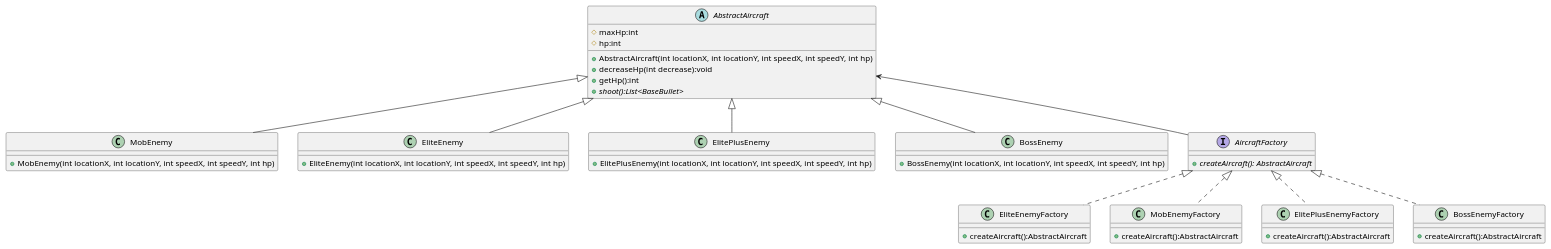
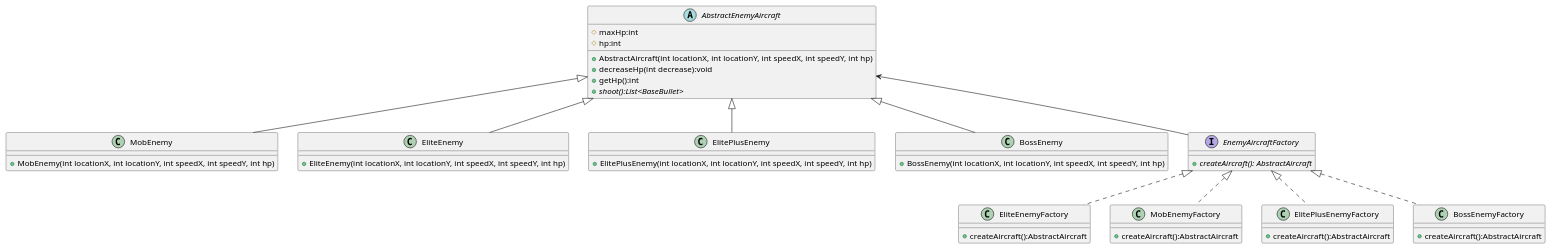
Before and after one commit to xrlexpert/Aircraft-War: the diagram in uml/Aircraft_Factory_Pattern.puml, drawn with PlantUML. The commit also changed 23 other files, not shown here.

```diff
--- a/uml/Aircraft_Factory_Pattern.puml
+++ b/uml/Aircraft_Factory_Pattern.puml
@@ -1,47 +1,47 @@
 @startuml
-abstract class AbstractAircraft{
+abstract class AbstractEnemyAircraft{
     # maxHp:int
     # hp:int
     + AbstractAircraft(int locationX, int locationY, int speedX, int speedY, int hp)
     + decreaseHp(int decrease):void
     + getHp():int
     + {abstract} shoot():List<BaseBullet>
 }
 class MobEnemy{
     + MobEnemy(int locationX, int locationY, int speedX, int speedY, int hp)
 }
 class EliteEnemy{
     + EliteEnemy(int locationX, int locationY, int speedX, int speedY, int hp)
 }
 class ElitePlusEnemy{
     + ElitePlusEnemy(int locationX, int locationY, int speedX, int speedY, int hp)
 }
 class BossEnemy{
     + BossEnemy(int locationX, int locationY, int speedX, int speedY, int hp)
 }
-interface AircraftFactory{
+interface EnemyAircraftFactory{
     +{abstract} createAircraft(): AbstractAircraft
 }
 class EliteEnemyFactory{
     + createAircraft():AbstractAircraft
 }
 class MobEnemyFactory{
     + createAircraft():AbstractAircraft
 }
 class ElitePlusEnemyFactory{
     + createAircraft():AbstractAircraft
 }
 class BossEnemyFactory{
     + createAircraft():AbstractAircraft
 }
-AbstractAircraft <-- AircraftFactory
-AbstractAircraft <|-- MobEnemy
-AbstractAircraft <|-- EliteEnemy
-AbstractAircraft <|-- ElitePlusEnemy
-AbstractAircraft <|-- BossEnemy
+AbstractEnemyAircraft <--EnemyAircraftFactory
+AbstractEnemyAircraft <|-- MobEnemy
+AbstractEnemyAircraft <|-- EliteEnemy
+AbstractEnemyAircraft <|-- ElitePlusEnemy
+AbstractEnemyAircraft <|-- BossEnemy
 
-AircraftFactory <|.. MobEnemyFactory
-AircraftFactory <|.. EliteEnemyFactory
-AircraftFactory <|.. ElitePlusEnemyFactory
-AircraftFactory <|.. BossEnemyFactory
+EnemyAircraftFactory <|.. MobEnemyFactory
+EnemyAircraftFactory <|.. EliteEnemyFactory
+EnemyAircraftFactory <|.. ElitePlusEnemyFactory
+EnemyAircraftFactory <|.. BossEnemyFactory
 @enduml
```
